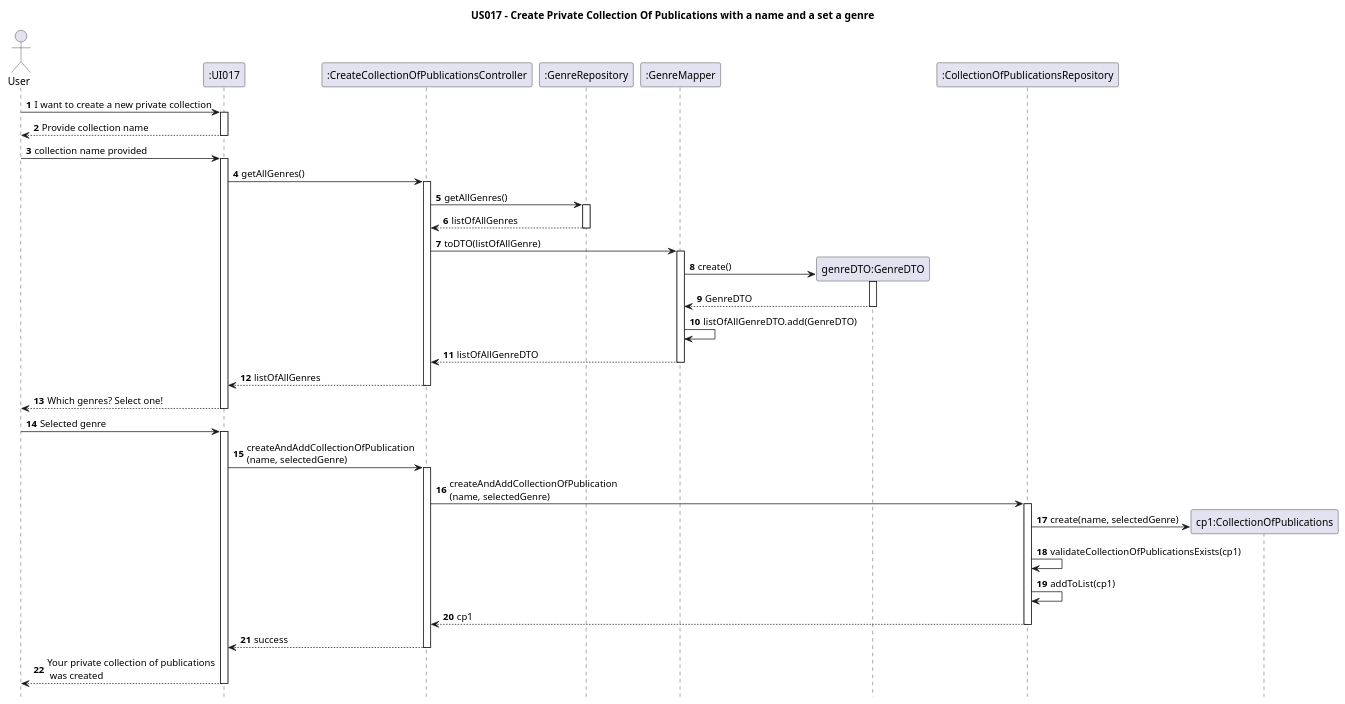
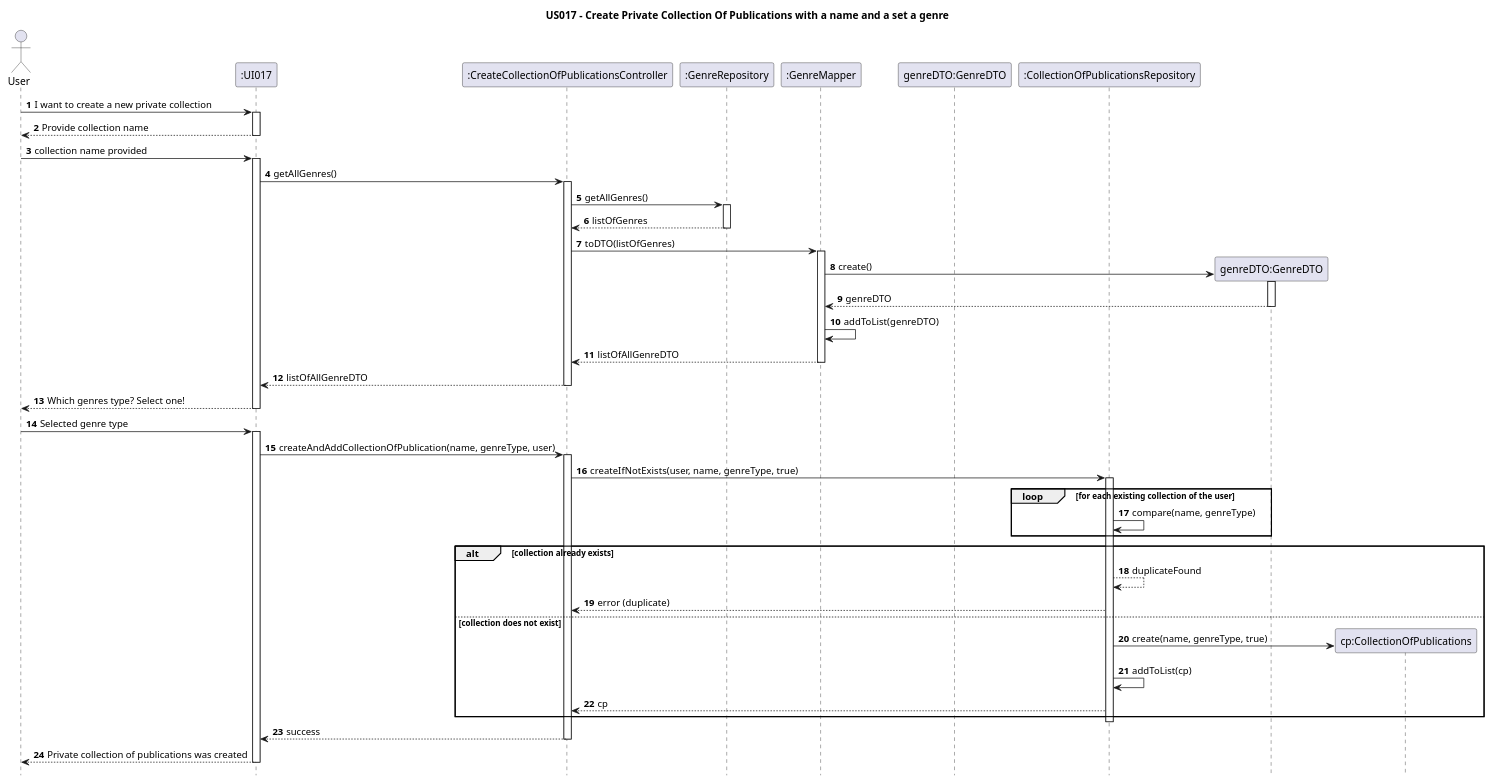
One commit to AndrePereiraGitH/SWitCH-Project-Team_A changed the diagram in Diagrams/SequenceDiagrams/N2/US017-to-create-private-publication-list.puml. Above: the diagram before and after it, drawn with PlantUML. The commit also changed other lines of this file and 19 other files, not shown here.

Commit message:
closes #39 - Implement US017 private collection creation with genre

```diff
--- a/Diagrams/SequenceDiagrams/N2/US017-to-create-private-publication-list.puml
+++ b/Diagrams/SequenceDiagrams/N2/US017-to-create-private-publication-list.puml
@@ -1,73 +1,92 @@
 @startuml
 hide footbox
 autonumber
 
 title US017 - Create Private Collection Of Publications with a name and a set a genre
 
 actor "User" as User
 participant ":UI017" as UI
 participant ":CreateCollectionOfPublicationsController" as Controller
 participant ":GenreRepository" as GenreRepository
 participant ":GenreMapper" as GenreMapper
 participant "genreDTO:GenreDTO" as GenreDTO
 participant ":CollectionOfPublicationsRepository" as CollectionRepository
 
-
+'_____
 User -> UI : I want to create a new private collection
-
 activate UI
 
 UI --> User : Provide collection name
 deactivate UI
 User -> UI : collection name provided
 activate UI
+'______
 
 UI -> Controller : getAllGenres()
 activate Controller
 
 Controller -> GenreRepository : getAllGenres()
 activate GenreRepository
-GenreRepository --> Controller : listOfAllGenres
+GenreRepository --> Controller : listOfGenres
 deactivate GenreRepository
 
-Controller -> GenreMapper: toDTO(listOfAllGenre)
+Controller -> GenreMapper: toDTO(listOfGenres)
 activate GenreMapper
-GenreMapper -> GenreDTO ** : create()
+GenreMapper -> "genreDTO:GenreDTO" ** : create()
+activate "genreDTO:GenreDTO"
+"genreDTO:GenreDTO" --> GenreMapper : genreDTO
+deactivate "genreDTO:GenreDTO"
+
+/'
 activate GenreDTO
-GenreDTO --> GenreMapper: GenreDTO
+/'
+GenreDTO --> GenreMapper: genreDTO
+
 deactivate GenreDTO
-GenreMapper -> GenreMapper : listOfAllGenreDTO.add(GenreDTO)
+'/
+GenreMapper -> GenreMapper : addToList(genreDTO)
 GenreMapper --> Controller: listOfAllGenreDTO
 deactivate GenreMapper
 
-Controller --> UI : listOfAllGenres
+Controller --> UI : listOfAllGenreDTO
 deactivate Controller
 
-UI --> User : Which genres? Select one!
+UI --> User : Which genres type? Select one!
 deactivate UI
 
-User -> UI : Selected genre
+User -> UI : Selected genre type
 activate UI
+'______
 
-UI -> Controller : createAndAddCollectionOfPublication\n(name, selectedGenre)
+
+UI -> Controller : createAndAddCollectionOfPublication(name, genreType, user)
 activate Controller
 
-Controller -> CollectionRepository  : createAndAddCollectionOfPublication\n(name, selectedGenre)
+Controller -> CollectionRepository : createIfNotExists(user, name, genreType, true)
 activate CollectionRepository
 
-create "cp1:CollectionOfPublications" as CollectionOfPublications
+loop for each existing collection of the user
+    CollectionRepository -> CollectionRepository : compare(name, genreType)
+end
 
-CollectionRepository -> CollectionOfPublications : create(name, selectedGenre)
-CollectionRepository -> CollectionRepository : validateCollectionOfPublicationsExists(cp1)
-CollectionRepository -> CollectionRepository : addToList(cp1)
+alt collection already exists
+    CollectionRepository --> CollectionRepository  : duplicateFound
+        CollectionRepository --> Controller : error (duplicate)
 
-CollectionRepository --> Controller : cp1
+else collection does not exist
+    create "cp:CollectionOfPublications"
+    CollectionRepository -> "cp:CollectionOfPublications" : create(name, genreType, true)
+    CollectionRepository -> CollectionRepository : addToList(cp)
+    CollectionRepository --> Controller : cp
+
+end
+
 deactivate CollectionRepository
 
 Controller --> UI : success
 deactivate Controller
 
-UI --> User : Your private collection of publications\n was created
+UI --> User : Private collection of publications was created
 deactivate UI
 
 @enduml
```
